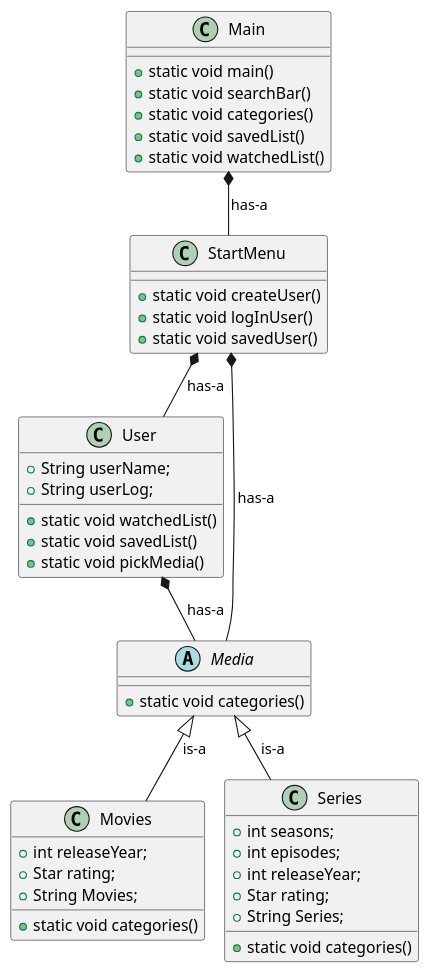
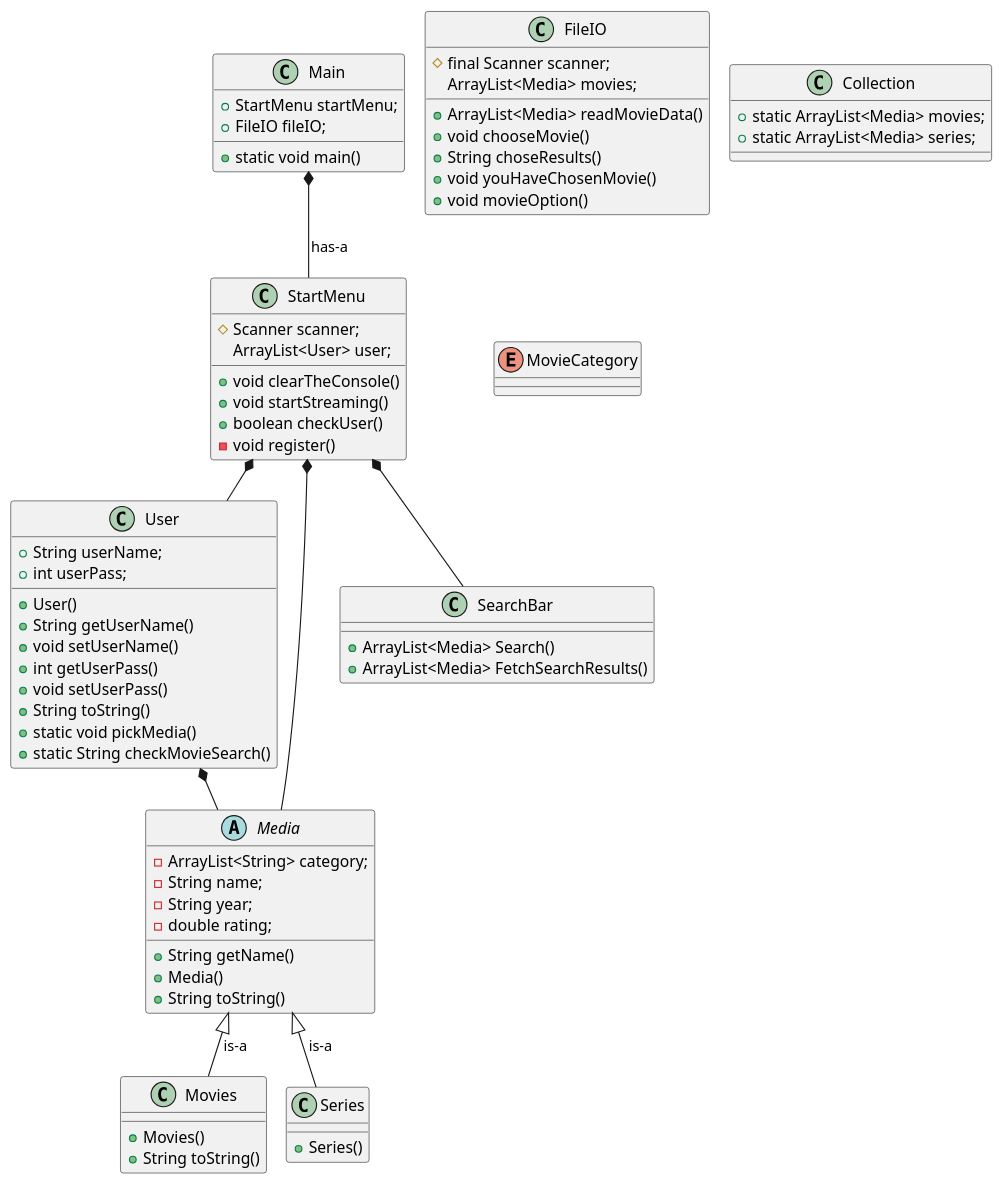
One commit to MajaLHJensen/SP3 changed the diagram in out/production/SP3/Structure.puml. Above: the diagram before and after it, drawn with PlantUML. The commit also changed 11 other files, not shown here.

Commit message:
Changing Plantuml

```diff
--- a/out/production/SP3/Structure.puml
+++ b/out/production/SP3/Structure.puml
@@ -1,49 +1,74 @@
 @startuml
 
 
 class Main
+class StartMenu
 class User
-class StartMenu
+abstract Media
 class Movies
 class Series
-abstract Media
+class FileIO
+class Collection
+class SearchBar
+enum MovieCategory
 
 Main : + static void main()
-Main : + static void searchBar()
-Main : + static void categories()
-Main : + static void savedList()
-Main : + static void watchedList()
+Main : + StartMenu startMenu;
+Main : + FileIO fileIO;
 
-User : + static void watchedList()
-User : + static void savedList()
+StartMenu : # Scanner scanner;
+StartMenu : ArrayList<User> user;
+StartMenu : + void clearTheConsole()
+StartMenu : + void startStreaming()
+StartMenu : + boolean checkUser()
+StartMenu : - void register()
+
+User : + String userName;
+User : + int userPass;
+User : + User()
+User : + String getUserName()
+User : + void setUserName()
+User : + int getUserPass()
+User : + void setUserPass()
+User : + String toString()
 User : + static void pickMedia()
-User : + String userName;
-User : + String userLog;
+User : + static String checkMovieSearch()
 
-Media : + static void categories()
+Media : - ArrayList<String> category;
+Media : - String name;
+Media : - String year;
+Media : - double rating;
+Media : + String getName()
+Media : + Media()
+Media : + String toString()
 
-Movies : + static void categories()
-Movies : + int releaseYear;
-Movies : + Star rating;
-Movies : + String Movies;
+Movies : + Movies()
+Movies : + String toString()
 
-Series : + static void categories()
-Series : + int seasons;
-Series : + int episodes;
-Series : + int releaseYear;
-Series : + Star rating;
-Series : + String Series;
+Series : + Series()
 
-StartMenu : + static void createUser()
-StartMenu : + static void logInUser()
-StartMenu : + static void savedUser()
+FileIO : # final Scanner scanner;
+FileIO : ArrayList<Media> movies;
+FileIO : + ArrayList<Media> readMovieData()
+FileIO : + void chooseMovie()
+FileIO : + String choseResults()
+FileIO : + void youHaveChosenMovie()
+FileIO : + void movieOption()
+
+Collection : + static ArrayList<Media> movies;
+Collection : + static ArrayList<Media> series;
+
+SearchBar : + ArrayList<Media> Search()
+SearchBar : + ArrayList<Media> FetchSearchResults()
 
 Main *-- StartMenu : has-a
-StartMenu *-- User : has-a
-StartMenu *-- Media : has-a
-User *-- Media : has-a
+StartMenu *-- User
+StartMenu *-- Media
+StartMenu *-- SearchBar
+User *-- Media
 Media <|-- Movies : is-a
 Media <|-- Series : is-a
 
+
 !pragma layout smetana
 @enduml
```
